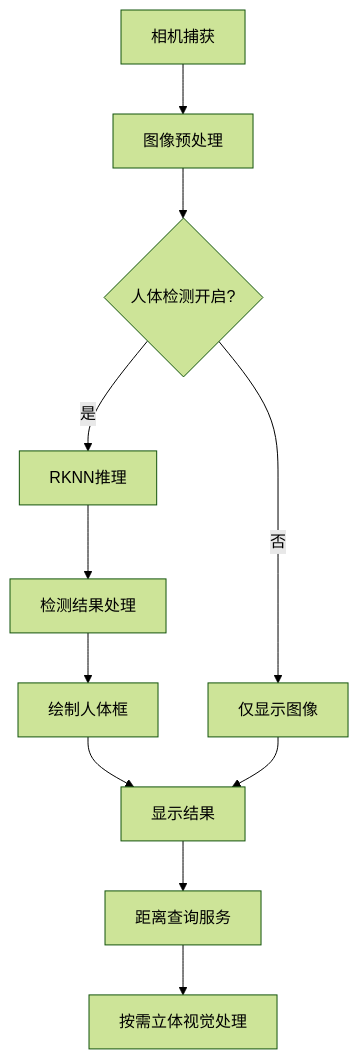
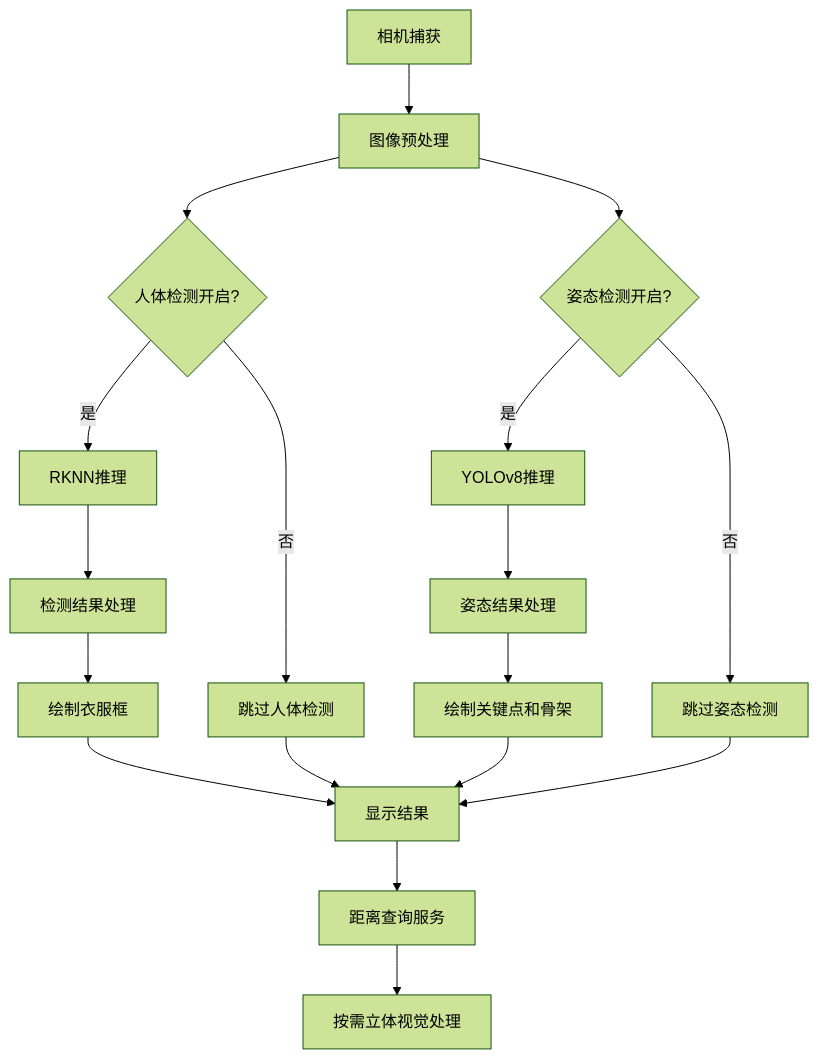
Before and after one commit to catlitter111/flask: the diagram in src/following_robot/README_HUMAN_DETECTION.md, drawn with Mermaid (forest theme). The commit also changed other lines of this file and 6 other files, not shown here.

````diff
--- a/src/following_robot/README_HUMAN_DETECTION.md
+++ b/src/following_robot/README_HUMAN_DETECTION.md
@@ -64,13 +76,22 @@
 ```mermaid
 graph TD
     A[相机捕获] --> B[图像预处理]
     B --> C{人体检测开启?}
     C -->|是| D[RKNN推理]
-    C -->|否| E[仅显示图像]
+    C -->|否| E[跳过人体检测]
     D --> F[检测结果处理]
-    F --> G[绘制人体框]
-    G --> H[显示结果]
-    E --> H
-    H --> I[距离查询服务]
-    I --> J[按需立体视觉处理]
+    F --> G[绘制衣服框]
+    
+    B --> H{姿态检测开启?}
+    H -->|是| I[YOLOv8推理]
+    H -->|否| J[跳过姿态检测]
+    I --> K[姿态结果处理]
+    K --> L[绘制关键点和骨架]
+    
+    G --> M[显示结果]
+    L --> M
+    E --> M
+    J --> M
+    M --> N[距离查询服务]
+    N --> O[按需立体视觉处理]
 ```
````
